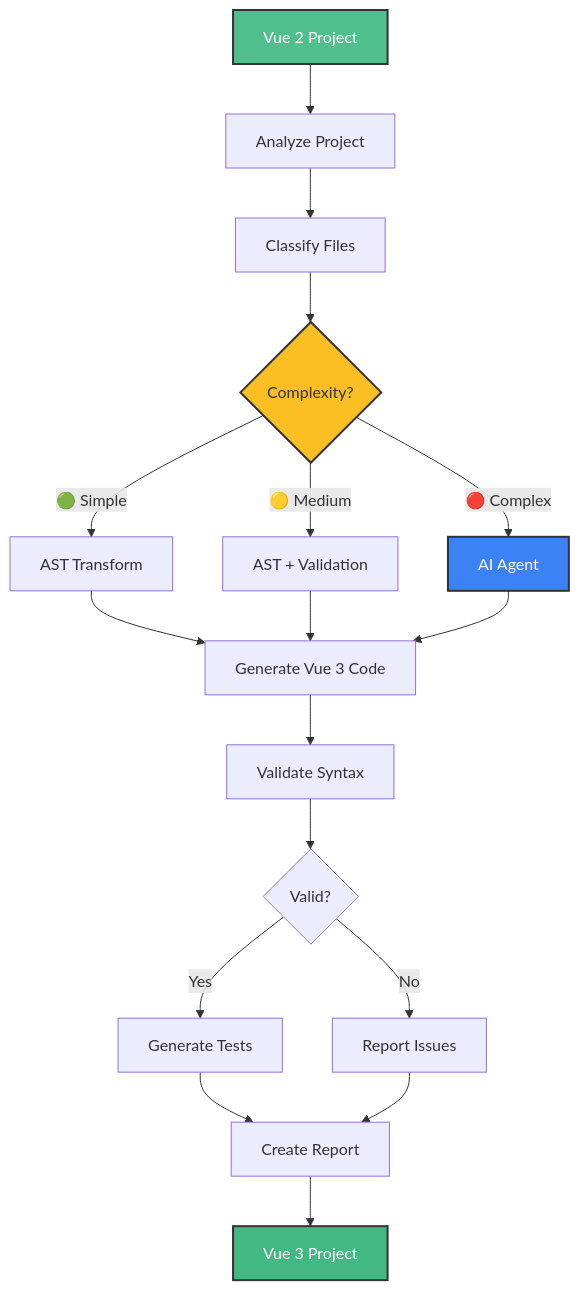
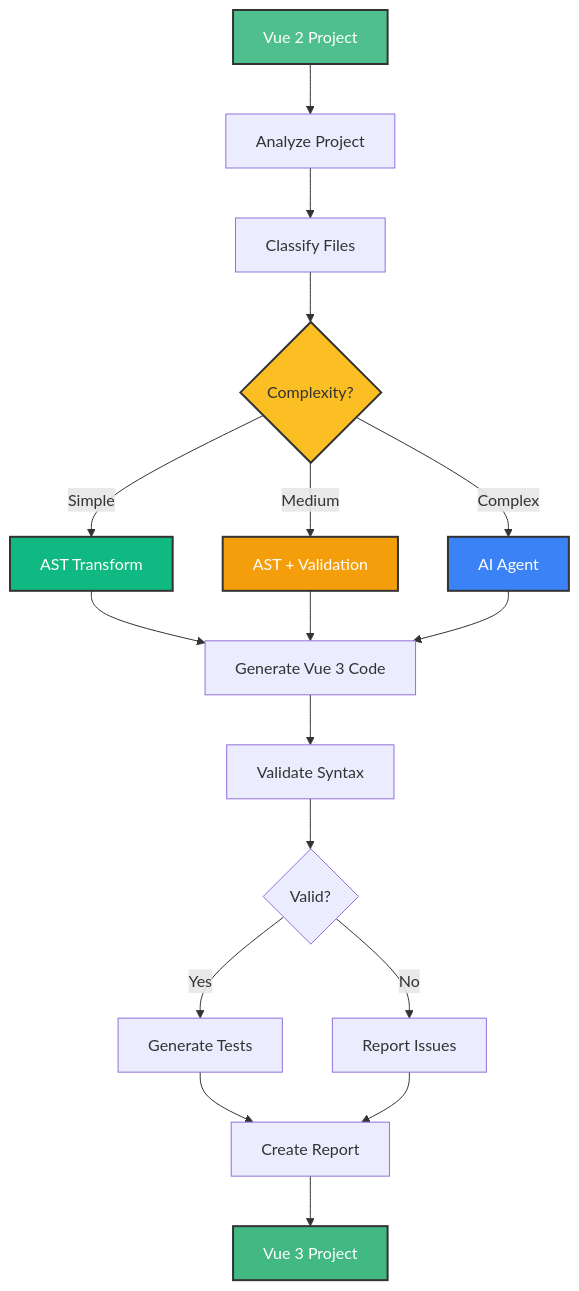
One commit to TylerDurden75/vue-ai-migrator changed the first of 2 diagrams in README.md. Above: the diagram before and after it, drawn with Mermaid. The commit also changed other lines of this file, not shown here.

First line of the commit message:
fix: correct Mermaid diagram rendering issues

````diff
--- a/README.md
+++ b/README.md
@@ -77,24 +77,26 @@
 ```mermaid
 graph TD
     A[Vue 2 Project] --> B[Analyze Project]
     B --> C[Classify Files]
     C --> D{Complexity?}
-    D -->|🟢 Simple| E[AST Transform]
-    D -->|🟡 Medium| F[AST + Validation]
-    D -->|🔴 Complex| G[AI Agent]
+    D -->|Simple| E[AST Transform]
+    D -->|Medium| F[AST + Validation]
+    D -->|Complex| G[AI Agent]
     E --> H[Generate Vue 3 Code]
     F --> H
     G --> H
     H --> I[Validate Syntax]
     I --> J{Valid?}
     J -->|Yes| K[Generate Tests]
     J -->|No| L[Report Issues]
     K --> M[Create Report]
     L --> M
     M --> N[Vue 3 Project]
 
     style A fill:#4FC08D,stroke:#333,stroke-width:2px,color:#fff
     style N fill:#42B883,stroke:#333,stroke-width:2px,color:#fff
     style G fill:#3B82F6,stroke:#333,stroke-width:2px,color:#fff
     style D fill:#FBBF24,stroke:#333,stroke-width:2px
+    style E fill:#10B981,stroke:#333,stroke-width:2px,color:#fff
+    style F fill:#F59E0B,stroke:#333,stroke-width:2px,color:#fff
 ```
````
